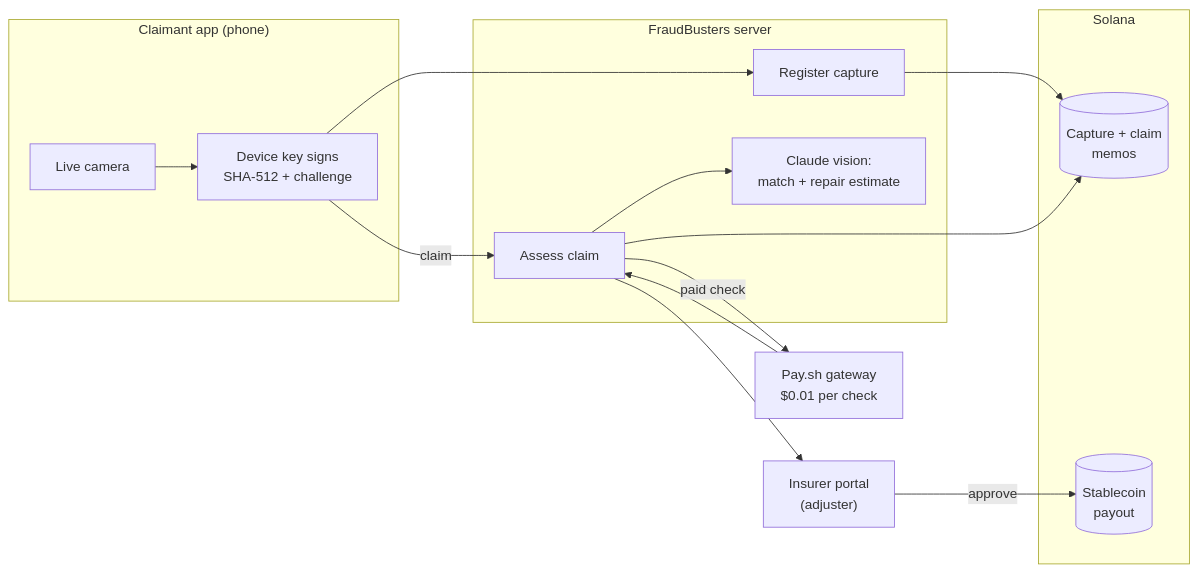
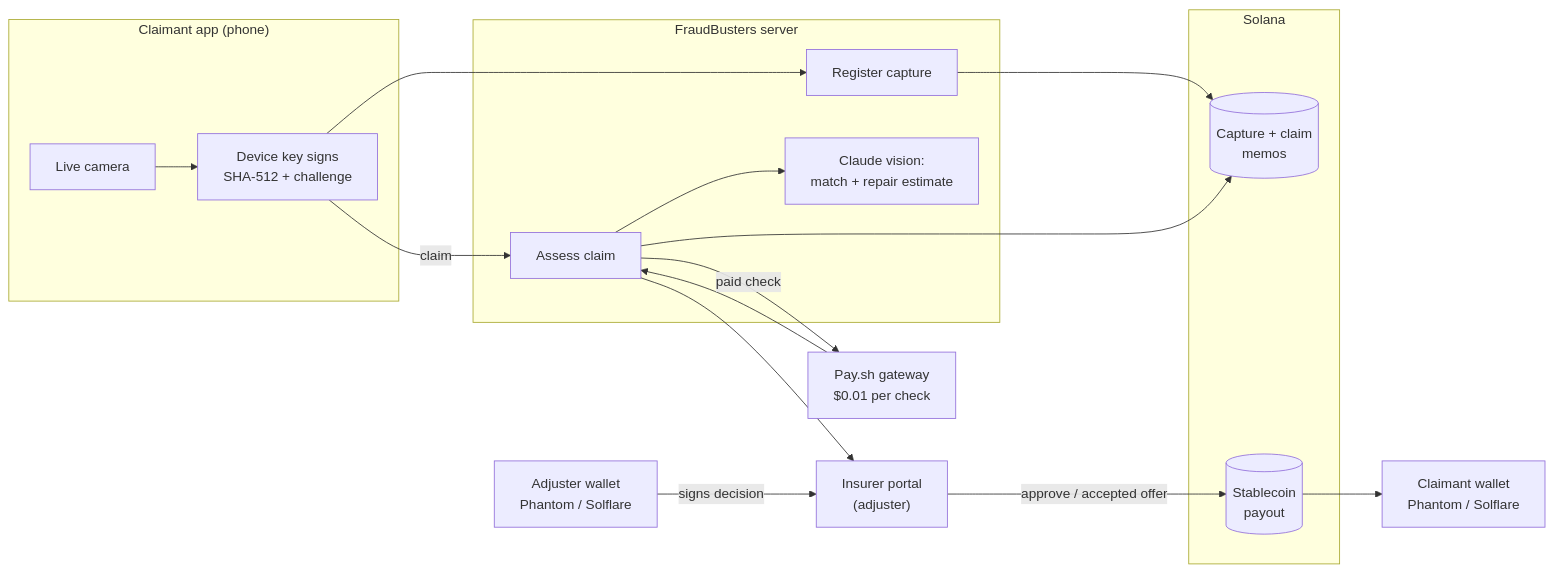
Before and after one commit to EmuCS/solanahackathon: the diagram in README.md, drawn with Mermaid. The commit also changed other lines of this file and 5 other files, not shown here.

````diff
--- a/README.md
+++ b/README.md
@@ -61,25 +81,29 @@
 ```mermaid
 flowchart LR
   subgraph Claimant["Claimant app (phone)"]
     CAM[Live camera] --> SIGN[Device key signs<br/>SHA-512 + challenge]
   end
   subgraph Server["FraudBusters server"]
     REG[Register capture]
     ASSESS[Assess claim]
     AI[Claude vision:<br/>match + repair estimate]
   end
   subgraph Solana
     MEMO[(Capture + claim<br/>memos)]
     PAY[(Stablecoin<br/>payout)]
   end
   GW[Pay.sh gateway<br/>$0.01 per check]
   PORTAL["Insurer portal<br/>(adjuster)"]
+  W1[Adjuster wallet<br/>Phantom / Solflare]
+  W2[Claimant wallet<br/>Phantom / Solflare]
 
   SIGN --> REG --> MEMO
   SIGN -- claim --> ASSESS
   ASSESS -- paid check --> GW --> ASSESS
   ASSESS --> AI
   ASSESS --> MEMO
   ASSESS --> PORTAL
-  PORTAL -- approve --> PAY
+  W1 -- signs decision --> PORTAL
+  PORTAL -- approve / accepted offer --> PAY
+  PAY --> W2
 ```
````
